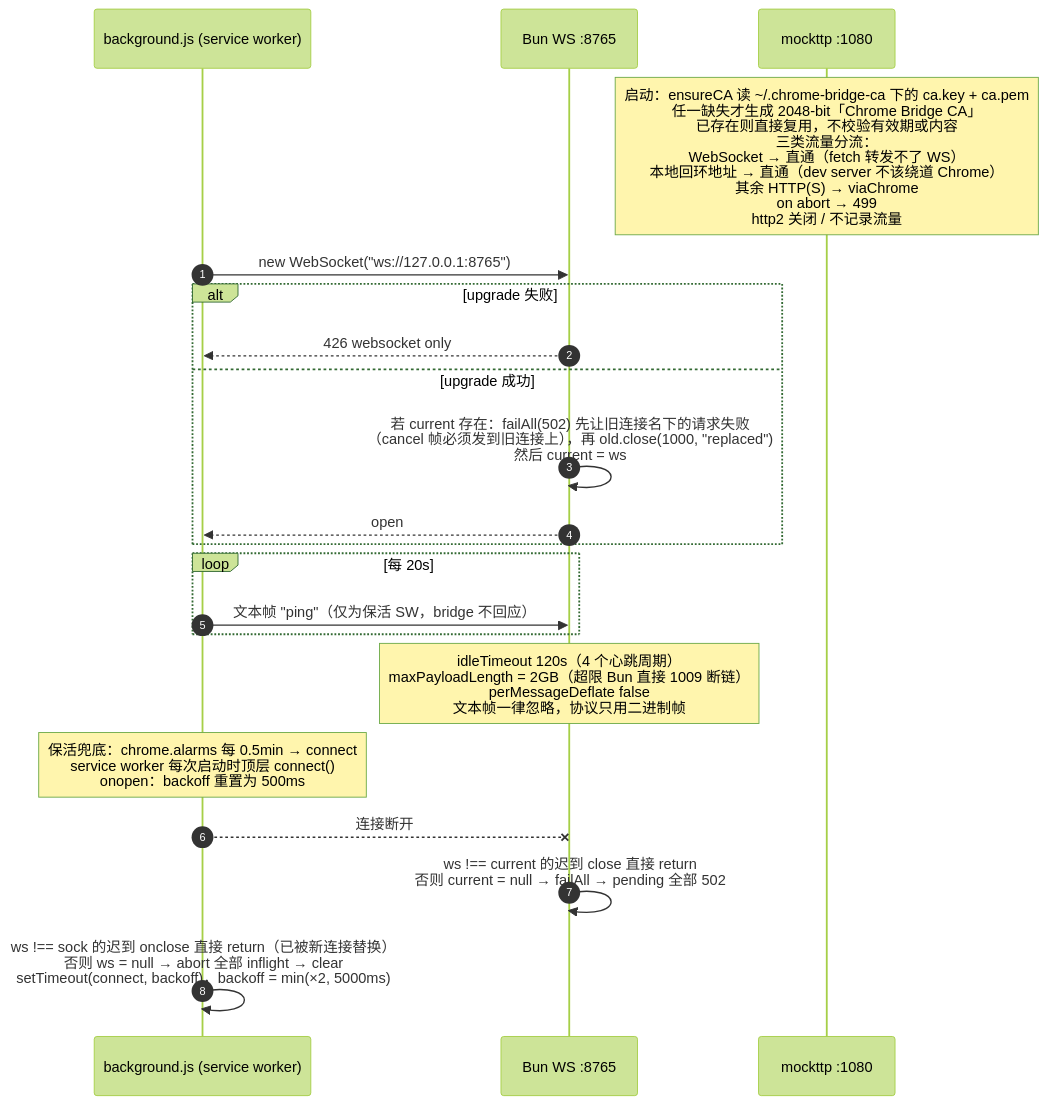
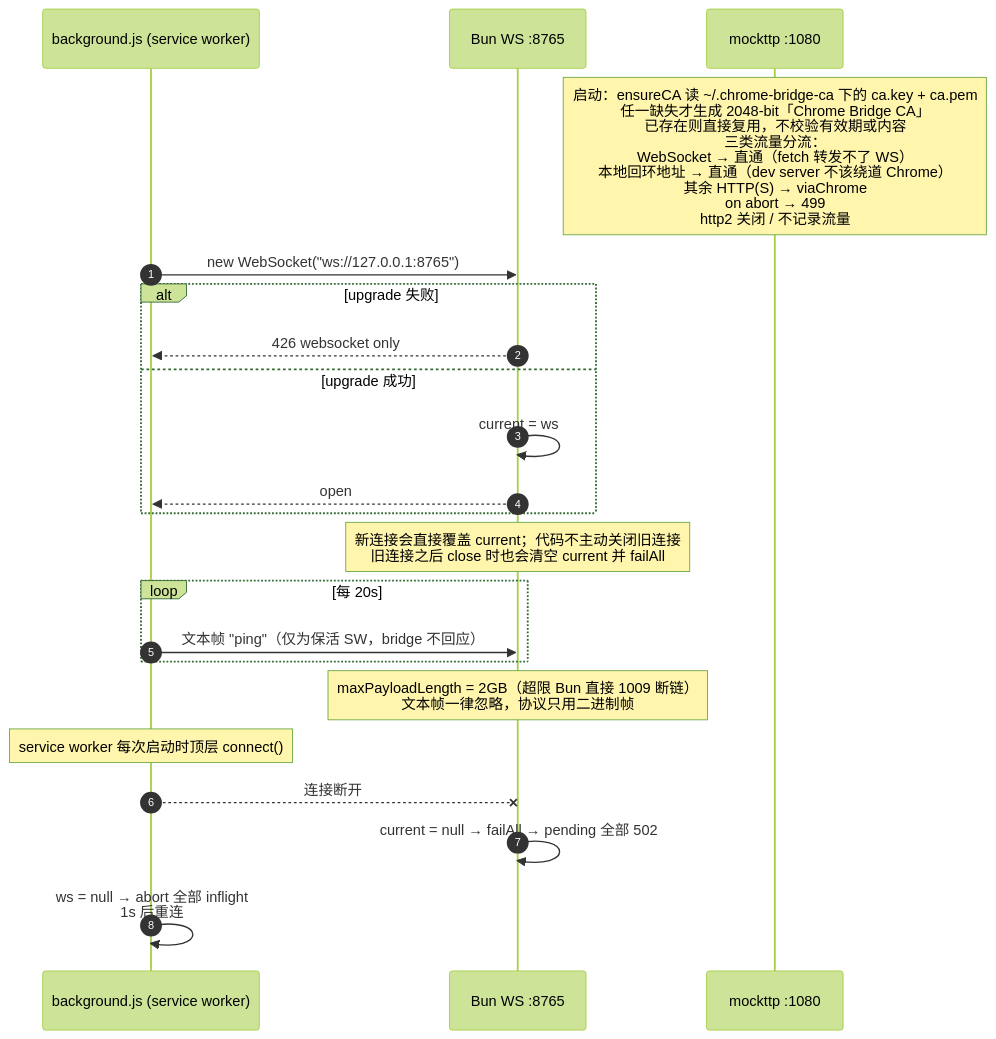
The second of 5 diagrams in README.md (XhstormR/chrome-bridge), drawn with Mermaid (forest theme) before and after one commit. The commit also changed other lines of this file and 5 other files, not shown here.

````diff
--- a/README.md
+++ b/README.md
@@ -63,28 +65,29 @@
 ```mermaid
 sequenceDiagram
     autonumber
     participant E as background.js (service worker)
     participant W as Bun WS :8765
     participant S as mockttp :1080
 
     Note over S: 启动：ensureCA 读 ~/.chrome-bridge-ca 下的 ca.key + ca.pem<br/>任一缺失才生成 2048-bit「Chrome Bridge CA」<br/>已存在则直接复用，不校验有效期或内容<br/>三类流量分流：<br/>WebSocket → 直通（fetch 转发不了 WS）<br/>本地回环地址 → 直通（dev server 不该绕道 Chrome）<br/>其余 HTTP(S) → viaChrome<br/>on abort → 499<br/>http2 关闭 / 不记录流量
 
     E->>W: new WebSocket("ws://127.0.0.1:8765")
     alt upgrade 失败
         W-->>E: 426 websocket only
     else upgrade 成功
-        W->>W: 若 current 存在：failAll(502) 先让旧连接名下的请求失败<br/>（cancel 帧必须发到旧连接上），再 old.close(1000, "replaced")<br/>然后 current = ws
+        W->>W: current = ws
         W-->>E: open
     end
+    Note over W: 新连接会直接覆盖 current；代码不主动关闭旧连接<br/>旧连接之后 close 时也会清空 current 并 failAll
 
     loop 每 20s
         E->>W: 文本帧 "ping"（仅为保活 SW，bridge 不回应）
     end
-    Note over W: idleTimeout 120s（4 个心跳周期）<br/>maxPayloadLength = 2GB（超限 Bun 直接 1009 断链）<br/>perMessageDeflate false<br/>文本帧一律忽略，协议只用二进制帧
+    Note over W: maxPayloadLength = 2GB（超限 Bun 直接 1009 断链）<br/>文本帧一律忽略，协议只用二进制帧
 
-    Note over E: 保活兜底：chrome.alarms 每 0.5min → connect<br/>service worker 每次启动时顶层 connect()<br/>onopen：backoff 重置为 500ms
+    Note over E: service worker 每次启动时顶层 connect()
 
     E--xW: 连接断开
-    W->>W: ws !== current 的迟到 close 直接 return<br/>否则 current = null → failAll → pending 全部 502
-    E->>E: ws !== sock 的迟到 onclose 直接 return（已被新连接替换）<br/>否则 ws = null → abort 全部 inflight → clear<br/>setTimeout(connect, backoff)，backoff = min(×2, 5000ms)
+    W->>W: current = null → failAll → pending 全部 502
+    E->>E: ws = null → abort 全部 inflight<br/>1s 后重连
 ```
````
